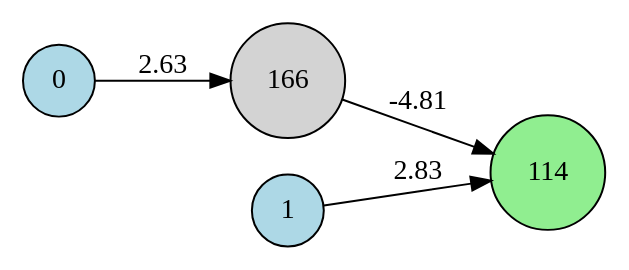
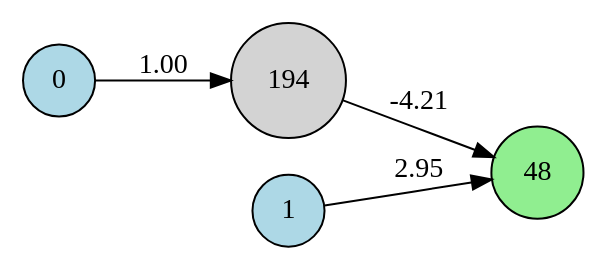
Before and after one commit to UTMIST-x-AIW/Unity-NEAT: the diagram in NEAT/Visualization/visualizations/xor_gen_6.dot, drawn with Graphviz. The commit also changed 3469 other files, not shown here.

```diff
--- a/NEAT/Visualization/visualizations/xor_gen_6.dot
+++ b/NEAT/Visualization/visualizations/xor_gen_6.dot
@@ -1,11 +1,11 @@
 digraph neat {
   rankdir=LR;
   node [shape=circle];
   node0 [label="0", style=filled, fillcolor=lightblue];
   node1 [label="1", style=filled, fillcolor=lightblue];
-  node114 [label="114", style=filled, fillcolor=lightgreen];
-  node166 [label="166", style=filled, fillcolor=lightgray];
-  node1 -> node114 [label="2.83"];
-  node0 -> node166 [label="2.63"];
-  node166 -> node114 [label="-4.81"];
+  node48 [label="48", style=filled, fillcolor=lightgreen];
+  node194 [label="194", style=filled, fillcolor=lightgray];
+  node1 -> node48 [label="2.95"];
+  node0 -> node194 [label="1.00"];
+  node194 -> node48 [label="-4.21"];
 }
```
